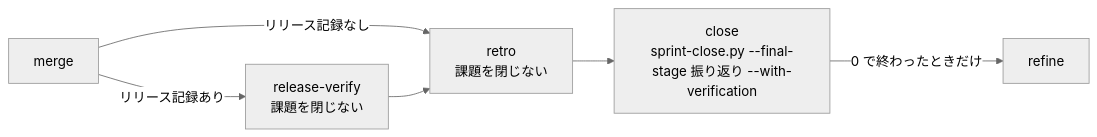
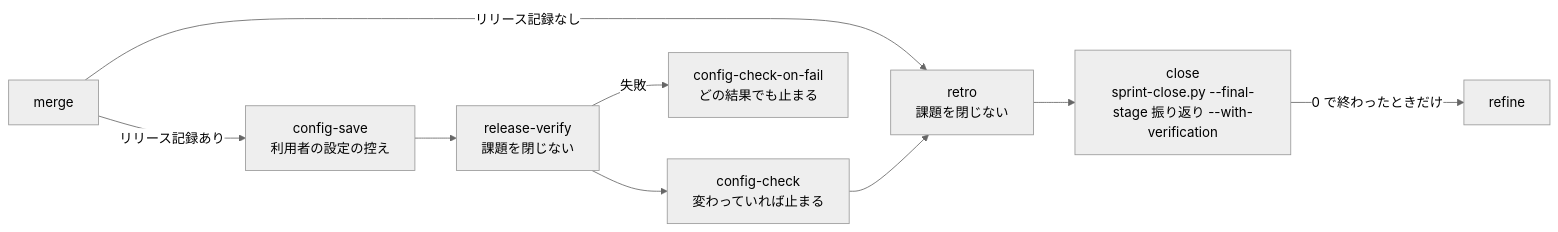
One commit to devbasex/ai-plugins changed the third of 3 diagrams in docs/specifications/ndf-sprint-close-final-stage.md. Above: the diagram before and after it, drawn with Mermaid (neutral theme). The commit also changed other lines of this file and 1 other file, not shown here.

Commit message:
Docs: まとめのプランの並びの確定仕様に、利用者の設定の控えと比べるステップを足す（#2401）
リリース記録のあるまとめのプランは、リリース後テストの前に config-save、後に config-check を打ち、
失敗したときは config-check-on-fail で比べて止まる。並びを書いた 2 つの確定仕様の表・図・テストの説明を合わせる。

````diff
--- a/docs/specifications/ndf-sprint-close-final-stage.md
+++ b/docs/specifications/ndf-sprint-close-final-stage.md
@@ -158,8 +158,11 @@
 ```mermaid
 flowchart LR
-  M[merge] -->|リリース記録あり| RV[release-verify<br/>課題を閉じない]
+  M[merge] -->|リリース記録あり| CS[config-save<br/>利用者の設定の控え]
   M -->|リリース記録なし| RT
-  RV --> RT[retro<br/>課題を閉じない]
+  CS --> RV[release-verify<br/>課題を閉じない]
+  RV --> CC[config-check<br/>変わっていれば止まる]
+  RV -->|失敗| CF[config-check-on-fail<br/>どの結果でも止まる]
+  CC --> RT[retro<br/>課題を閉じない]
   RT --> CL[close<br/>sprint-close.py --final-stage 振り返り --with-verification]
   CL -->|0 で終わったときだけ| RF[refine]
 ```
````
